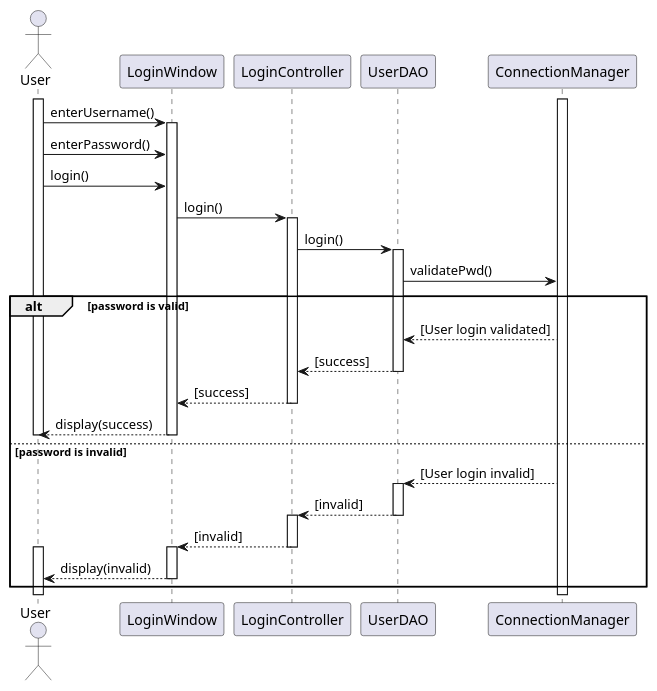
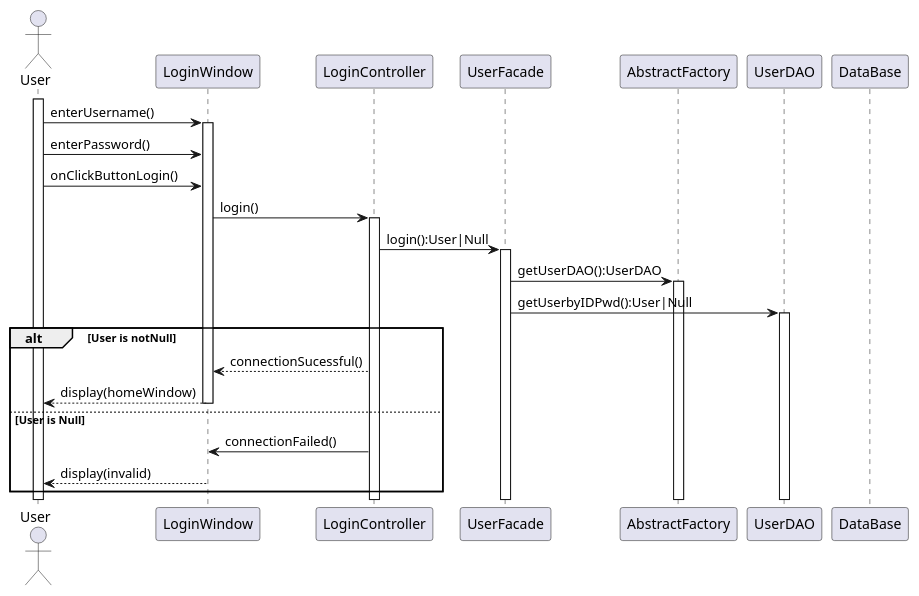
One commit to iusildra/WineCellar changed the diagram in doc/reports/prototype/plantuml/loginSequence.plantuml. Above: the diagram before and after it, drawn with PlantUML. The commit also changed 1 other file, not shown here.

Commit message:
Diagramme séquence

```diff
--- a/doc/reports/prototype/plantuml/loginSequence.plantuml
+++ b/doc/reports/prototype/plantuml/loginSequence.plantuml
@@ -1,36 +1,30 @@
-@startuml loginSequence
+@startuml
 skinparam responseMessageBelowArrow true
 
 actor User
 participant LoginWindow
 participant LoginController
+participant UserFacade
+participant AbstractFactory
 participant UserDAO
-participant ConnectionManager
+participant DataBase
 
-activate ConnectionManager
 activate User
 
 User -> LoginWindow++: enterUsername()
 User -> LoginWindow: enterPassword()
-User -> LoginWindow: login()
+User -> LoginWindow: onClickButtonLogin()
 LoginWindow -> LoginController++: login()
-LoginController -> UserDAO++: login()
-UserDAO -> ConnectionManager: validatePwd()
+LoginController -> UserFacade++: login():User|Null
+UserFacade -> AbstractFactory++: getUserDAO():UserDAO
+UserFacade -> UserDAO++: getUserbyIDPwd():User|Null
 
-alt password is valid
-    ConnectionManager --> UserDAO: [User login validated] 
-    UserDAO --> LoginController--: [success]
-    LoginController --> LoginWindow--: [success]
-    LoginWindow --> User--: display(success)
-    deactivate User
-else password is invalid
-    ConnectionManager --> UserDAO++: [User login invalid]
-    UserDAO --> LoginController--: [invalid]
-    activate LoginController
-    LoginController --> LoginWindow--: [invalid]
-    activate LoginWindow
-    activate User
+alt User is notNull
+    LoginController --> LoginWindow: connectionSucessful()
+    LoginWindow --> User--: display(homeWindow)
+else User is Null
+    LoginController -> LoginWindow: connectionFailed()
     LoginWindow --> User--: display(invalid)
 end
 
 @enduml
```
